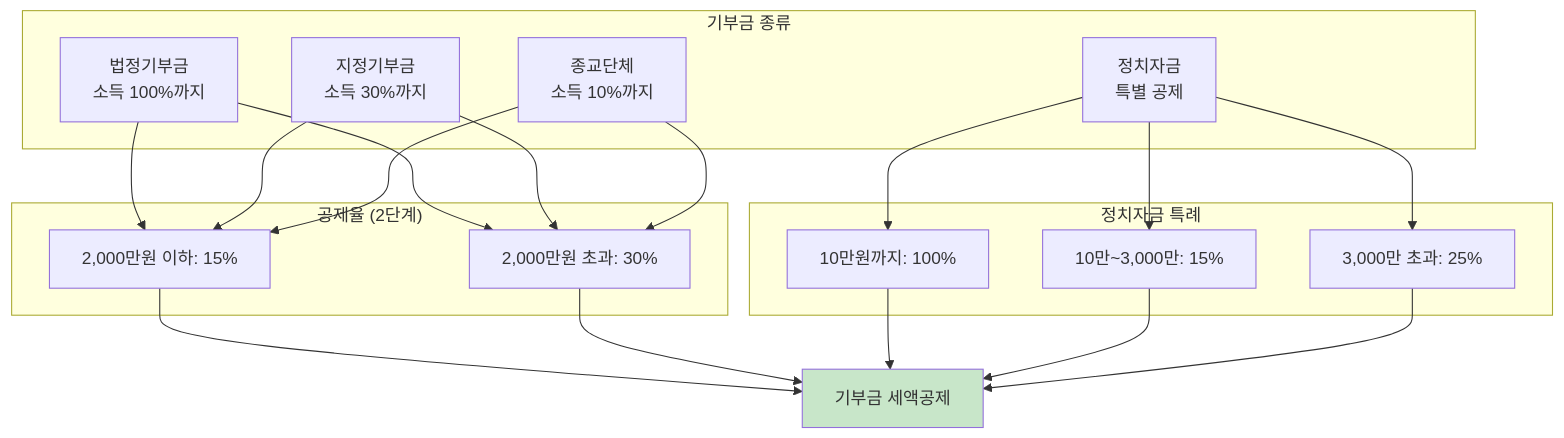
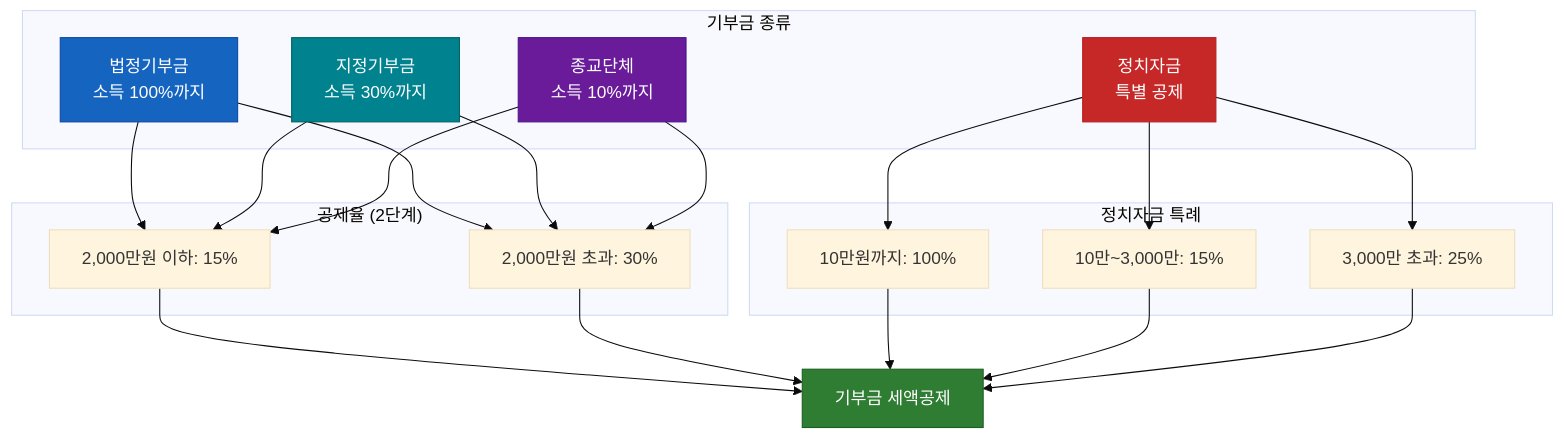
Before and after one commit to Z-3000/fina_r: diagram 14 of 18 in docs/세금로직_플로우차트.md, drawn with Mermaid. The commit also changed other lines of this file, not shown here.

````diff
--- a/docs/세금로직_플로우차트.md
+++ b/docs/세금로직_플로우차트.md
@@ -451,26 +509,31 @@
 ```mermaid
+%%{init: {'theme': 'base'}}%%
 flowchart TD
     subgraph 기부금종류["기부금 종류"]
         A1["법정기부금<br/>소득 100%까지"]
         A2["지정기부금<br/>소득 30%까지"]
         A3["종교단체<br/>소득 10%까지"]
         A4["정치자금<br/>특별 공제"]
     end
 
     subgraph 공제율["공제율 (2단계)"]
         B1["2,000만원 이하: 15%"]
         B2["2,000만원 초과: 30%"]
     end
 
     subgraph 정치자금특례["정치자금 특례"]
         C1["10만원까지: 100%"]
         C2["10만~3,000만: 15%"]
         C3["3,000만 초과: 25%"]
     end
 
     A1 & A2 & A3 --> B1 & B2
     A4 --> C1 & C2 & C3
     B1 & B2 & C1 & C2 & C3 --> D[기부금 세액공제]
 
-    style D fill:#c8e6c9
+    style D fill:#2e7d32,stroke:#1b5e20,color:#fff
+    style A1 fill:#1565c0,stroke:#0d47a1,color:#fff
+    style A2 fill:#00838f,stroke:#006064,color:#fff
+    style A3 fill:#6a1b9a,stroke:#4a148c,color:#fff
+    style A4 fill:#c62828,stroke:#b71c1c,color:#fff
 ```
````
